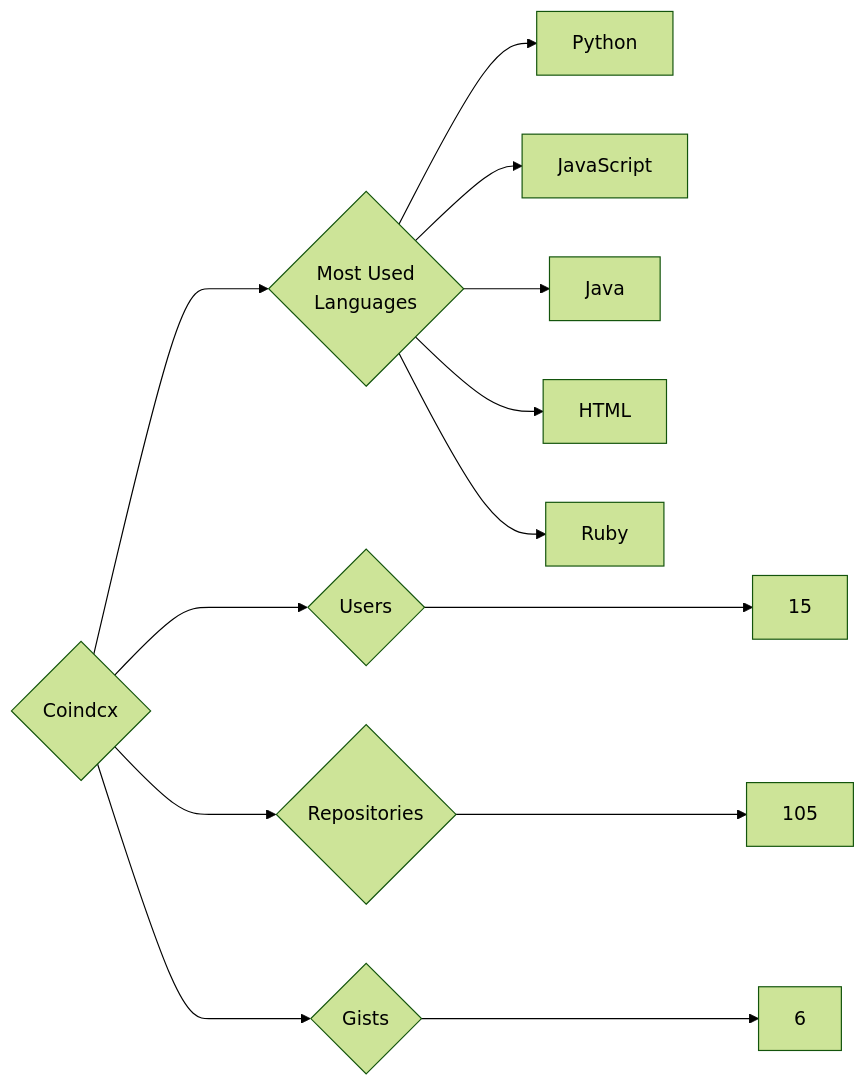
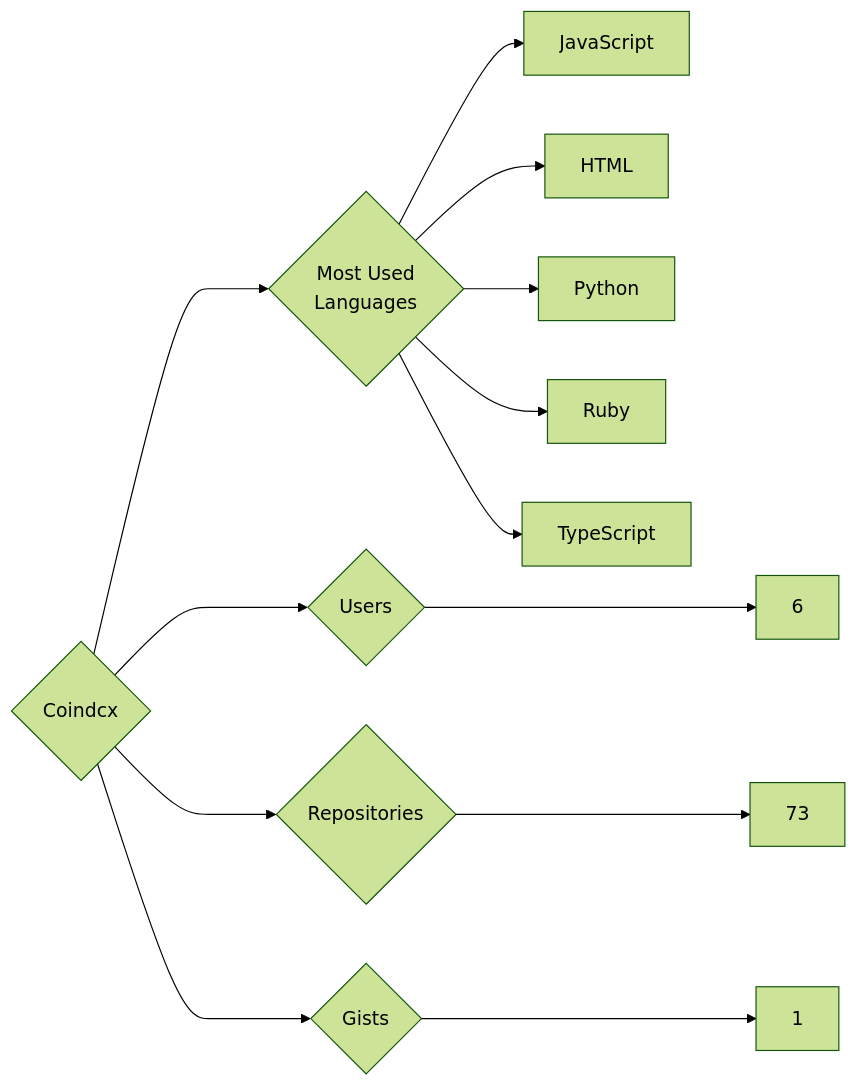
Before and after one commit to trickest/insiders: the diagram in targets/Coindcx/README.md, drawn with Mermaid (forest theme). The commit also changed 676 other files, not shown here.

````diff
--- a/targets/Coindcx/README.md
+++ b/targets/Coindcx/README.md
@@ -3,13 +3,13 @@
 ```mermaid
 graph LR
 COMPANY_NAME{Coindcx}
-COMPANY_NAME ---> U{Users} ---> UN[15]
-COMPANY_NAME ---> R{Repositories} ---> RN[105]
-COMPANY_NAME ---> G{Gists} ---> GN[6]
+COMPANY_NAME ---> U{Users} ---> UN[6]
+COMPANY_NAME ---> R{Repositories} ---> RN[73]
+COMPANY_NAME ---> G{Gists} ---> GN[1]
 COMPANY_NAME ---> ML{Most Used<br>Languages}
+ML --> JavaScript[JavaScript]
+ML --> HTML[HTML]
 ML --> Python[Python]
-ML --> JavaScript[JavaScript]
-ML --> Java[Java]
-ML --> HTML[HTML]
 ML --> Ruby[Ruby]
+ML --> TypeScript[TypeScript]
 ```
````
